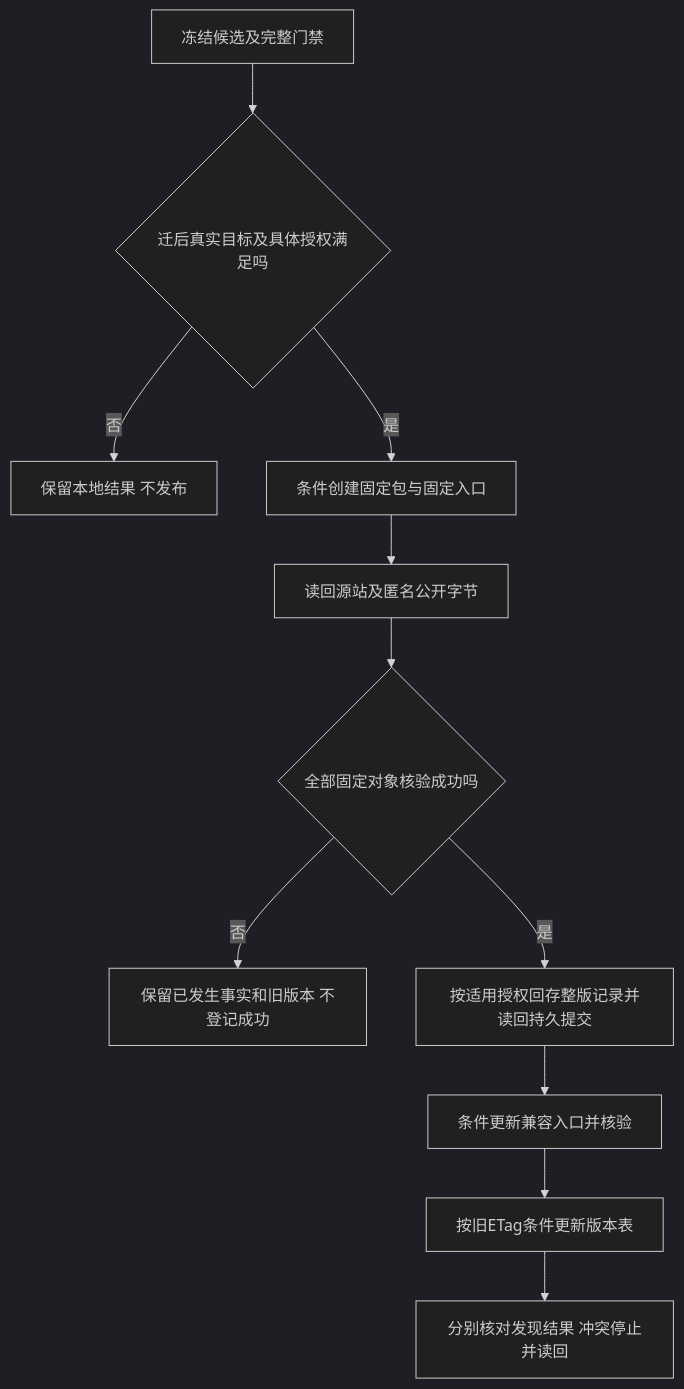
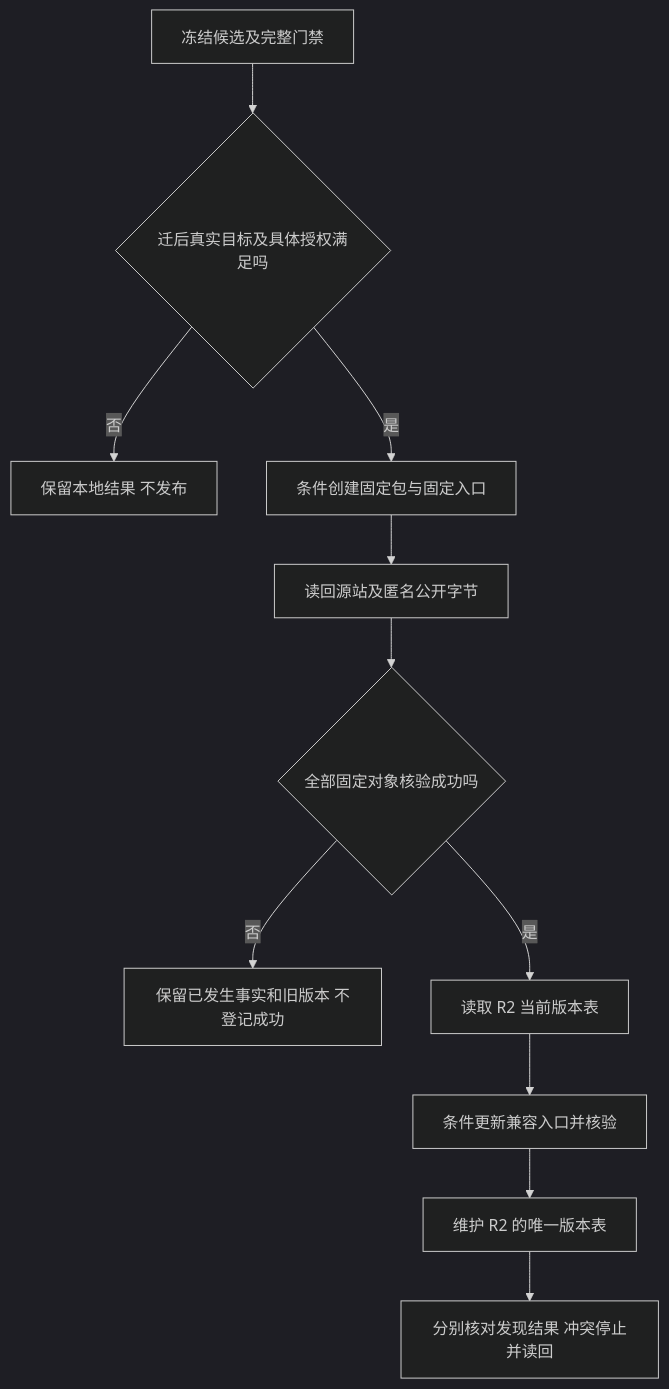
One commit to Ena-Heleneto/agent-foundry changed the fifth of 16 diagrams in specs/skills/001-skills-distribution/diagrams.md. Above: the diagram before and after it, drawn with Mermaid (dark theme). The commit also changed other lines of this file and 42 other files, not shown here.

````diff
--- a/specs/skills/001-skills-distribution/diagrams.md
+++ b/specs/skills/001-skills-distribution/diagrams.md
@@ -81,13 +81,13 @@
 ```mermaid
 flowchart TD
     A[冻结候选及完整门禁] --> B{迁后真实目标及具体授权满足吗}
     B -->|否| C[保留本地结果 不发布]
     B -->|是| D[条件创建固定包与固定入口]
     D --> E[读回源站及匿名公开字节]
     E --> F{全部固定对象核验成功吗}
     F -->|否| G[保留已发生事实和旧版本 不登记成功]
-    F -->|是| H[按适用授权回存整版记录并读回持久提交]
+    F -->|是| H[读取 R2 当前版本表]
     H --> I[条件更新兼容入口并核验]
-    I --> J[按旧ETag条件更新版本表]
+    I --> J[维护 R2 的唯一版本表]
     J --> K[分别核对发现结果 冲突停止并读回]
 ```
````
